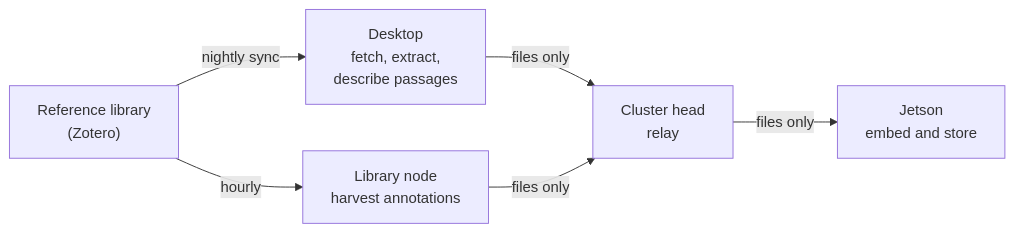
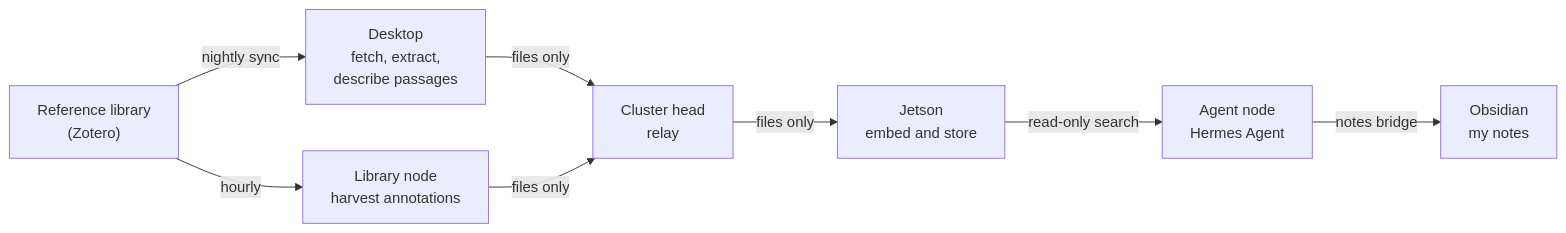
Before and after one commit to jamessmithies/the-mechanism-project: the first of 2 diagrams in docs/how-it-works.md, drawn with Mermaid. The commit also changed other lines of this file and 2 other files, not shown here.

First line of the commit message:
Add Maintenance section and Obsidian step to How TM works

````diff
--- a/docs/how-it-works.md
+++ b/docs/how-it-works.md
@@ -22,8 +22,10 @@
 ```mermaid
 flowchart LR
     Z["Reference library<br/>(Zotero)"] -->|"nightly sync"| D["Desktop<br/>fetch, extract,<br/>describe passages"]
     D -->|"files only"| H["Cluster head<br/>relay"]
     H -->|"files only"| J["Jetson<br/>embed and store"]
     Z -->|"hourly"| L["Library node<br/>harvest annotations"]
     L -->|"files only"| H
+    J -->|"read-only search"| A["Agent node<br/>Hermes Agent"]
+    A -->|"notes bridge"| O["Obsidian<br/>my notes"]
 ```
````
